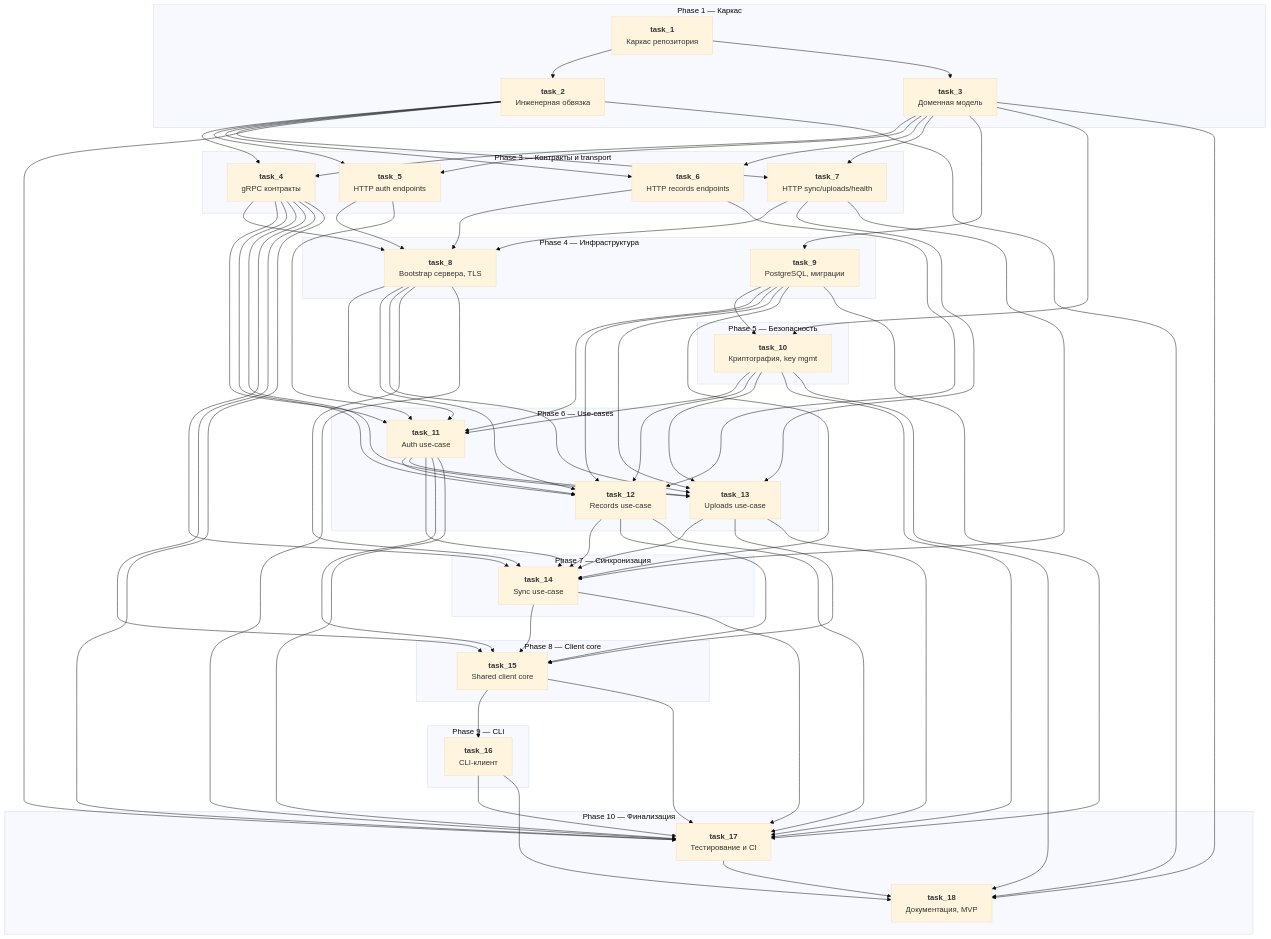
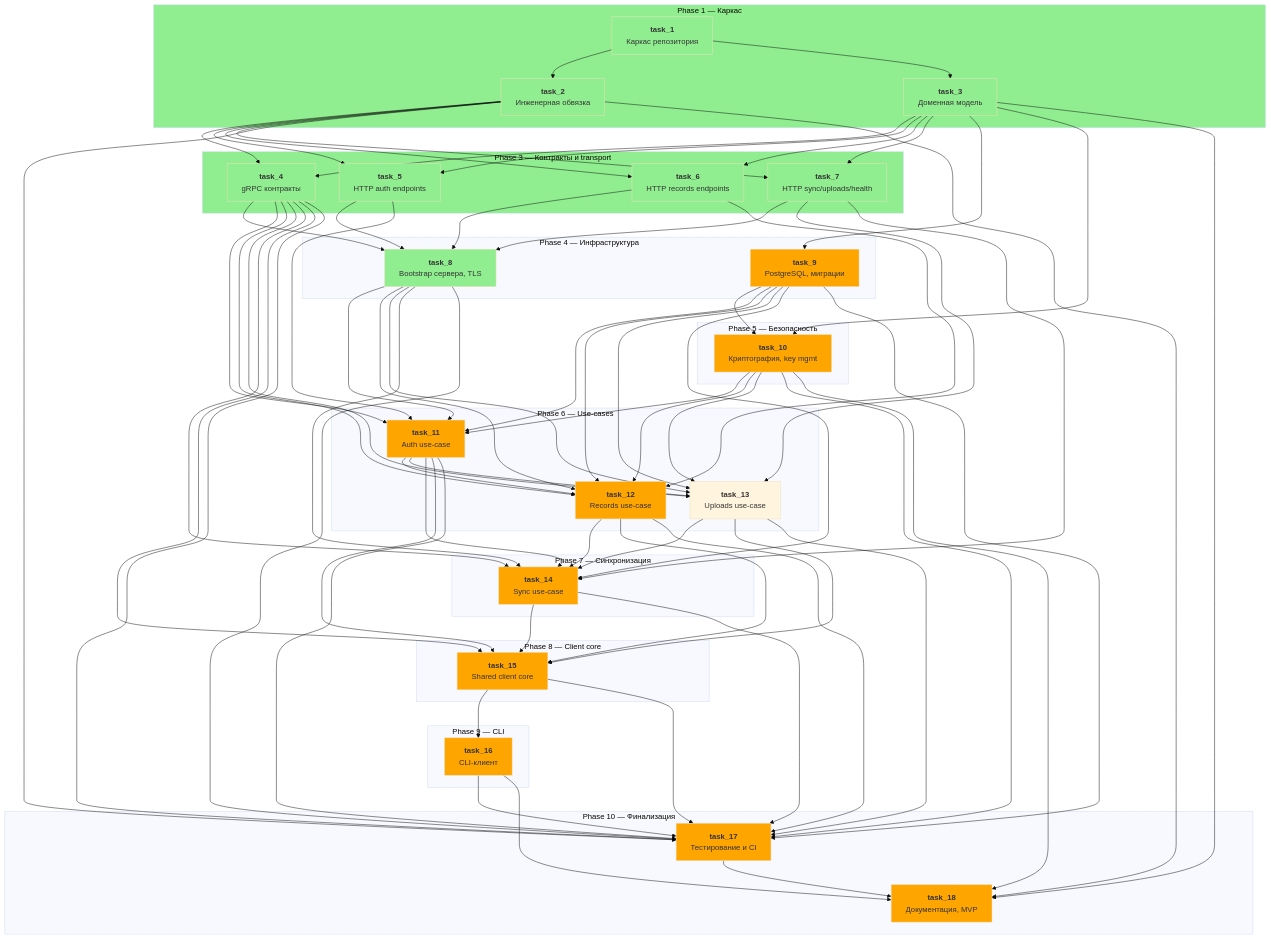
The diagram in .memory-bank/steps.md (hydra13/gophkeeper), drawn with Mermaid (base theme) before and after one commit. The commit also changed other lines of this file and 42 other files, not shown here.

````diff
--- a/.memory-bank/steps.md
+++ b/.memory-bank/steps.md
@@ -3,10 +3,16 @@
 ```mermaid
 graph TD
+    classDef completed fill:lightgreen
+    classDef crit fill:orange
     subgraph P1["Phase 1 — Каркас"]
         T1["<b>task_1</b><br/>Каркас репозитория"]
         T2["<b>task_2</b><br/>Инженерная обвязка"]
         T3["<b>task_3</b><br/>Доменная модель"]
     end
+    class P1 completed
+    class T1 completed
+    class T2 completed
+    class T3 completed
 
     subgraph P3["Phase 3 — Контракты и transport"]
         T4["<b>task_4</b><br/>gRPC контракты"]
@@ -14,38 +20,53 @@
         T6["<b>task_6</b><br/>HTTP records endpoints"]
         T7["<b>task_7</b><br/>HTTP sync/uploads/health"]
     end
+    class P3 completed
+    class T4 completed
+    class T5 completed
+    class T6 completed
+    class T7 completed
 
     subgraph P4["Phase 4 — Инфраструктура"]
         T8["<b>task_8</b><br/>Bootstrap сервера, TLS"]
         T9["<b>task_9</b><br/>PostgreSQL, миграции"]
     end
+    class T8 completed
+    class T9 crit
 
     subgraph P5["Phase 5 — Безопасность"]
         T10["<b>task_10</b><br/>Криптография, key mgmt"]
     end
+    class T10 crit
 
     subgraph P6["Phase 6 — Use-cases"]
         T11["<b>task_11</b><br/>Auth use-case"]
         T12["<b>task_12</b><br/>Records use-case"]
         T13["<b>task_13</b><br/>Uploads use-case"]
     end
+    class T11 crit
+    class T12 crit
 
     subgraph P7["Phase 7 — Синхронизация"]
         T14["<b>task_14</b><br/>Sync use-case"]
     end
+    class T14 crit
 
     subgraph P8["Phase 8 — Client core"]
         T15["<b>task_15</b><br/>Shared client core"]
     end
+    class T15 crit
 
     subgraph P9["Phase 9 — CLI"]
         T16["<b>task_16</b><br/>CLI-клиент"]
     end
+    class T16 crit
 
     subgraph P10["Phase 10 — Финализация"]
         T17["<b>task_17</b><br/>Тестирование и CI"]
         T18["<b>task_18</b><br/>Документация, MVP"]
     end
+    class T17 crit
+    class T18 crit
 
     %% Phase 1
     T1 --> T2
````
